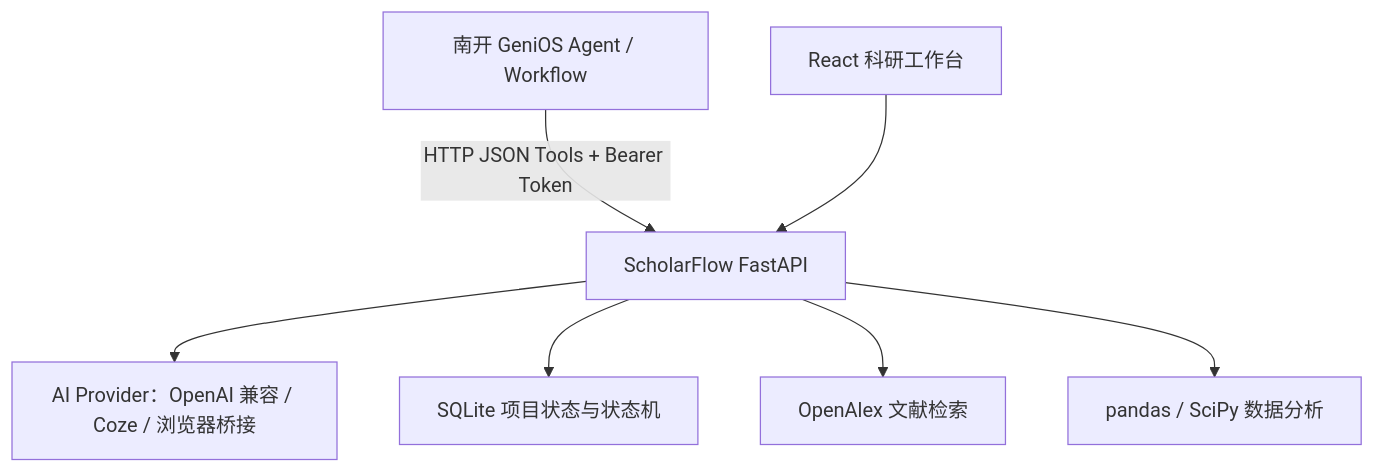
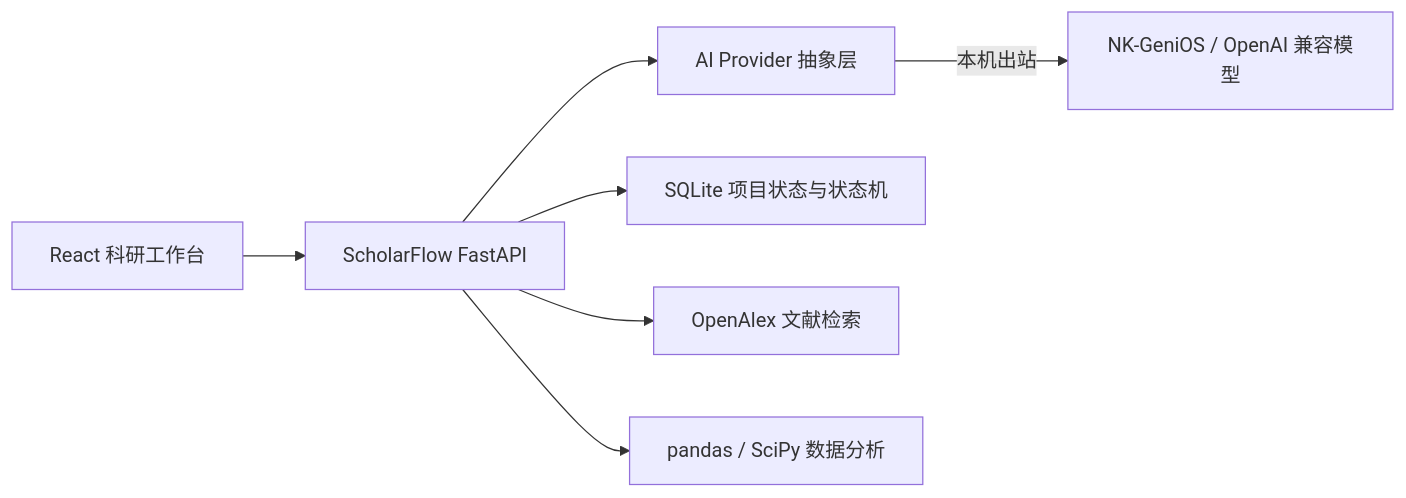
One commit to Baibai231/hauwei changed the diagram in README.md. Above: the diagram before and after it, drawn with Mermaid. The commit also changed other lines of this file and 1 other file, not shown here.

````diff
--- a/README.md
+++ b/README.md
@@ -235,9 +229,9 @@
 ```mermaid
-flowchart TD
-    G[南开 GeniOS Agent / Workflow] -->|HTTP JSON Tools + Bearer Token| A[ScholarFlow FastAPI]
-    U[React 科研工作台] --> A
-    A --> P[AI Provider：OpenAI 兼容 / Coze / 浏览器桥接]
+flowchart LR
+    U[React 科研工作台] --> A[ScholarFlow FastAPI]
+    A --> P[AI Provider 抽象层]
+    P -->|本机出站| G[NK-GeniOS / OpenAI 兼容模型]
     A --> S[SQLite 项目状态与状态机]
     A --> L[OpenAlex 文献检索]
     A --> D[pandas / SciPy 数据分析]
 ```
````
